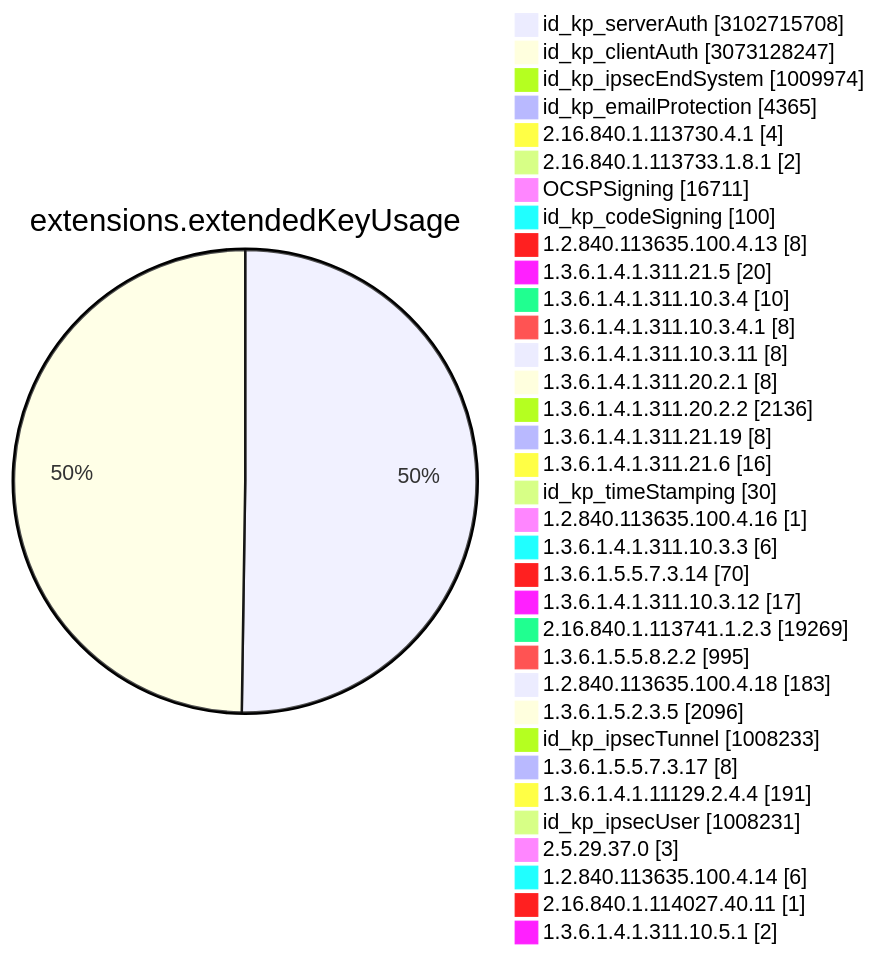
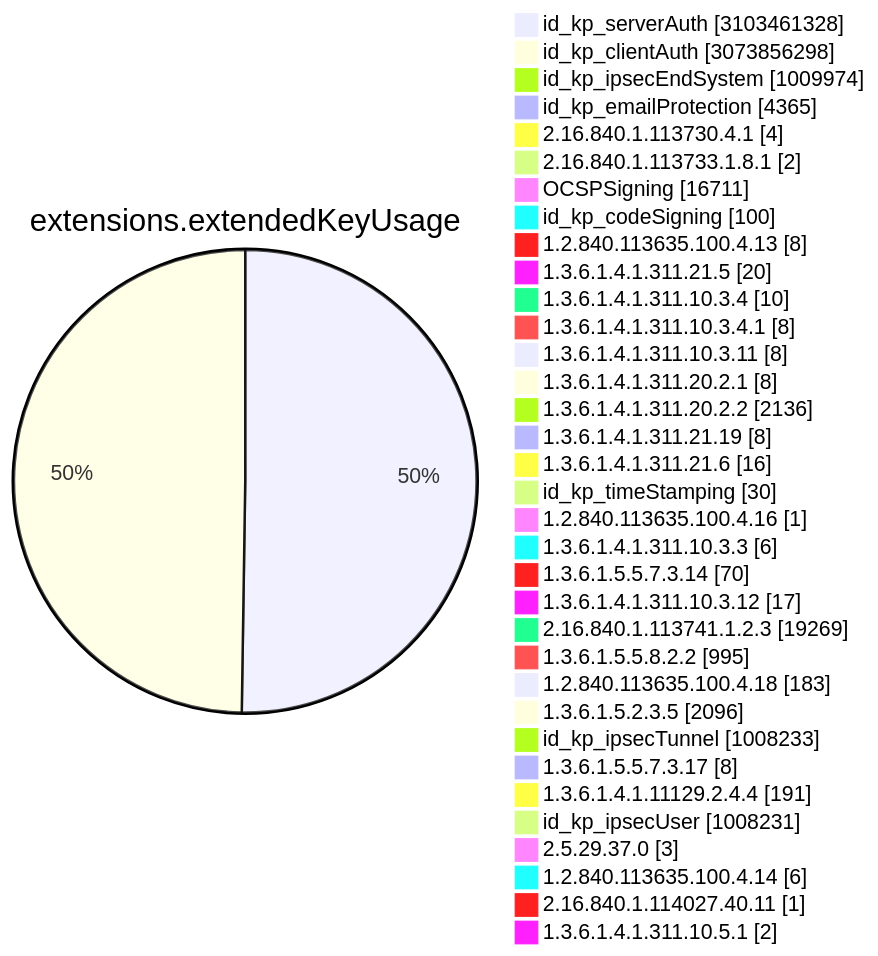
Before and after one commit to christiankrug/ctmonitor_visualization: diagram 11 of 15 in TOTAL/README.md, drawn with Mermaid. The commit also changed other lines of this file, not shown here.

````diff
--- a/TOTAL/README.md
+++ b/TOTAL/README.md
@@ -4117,38 +4117,38 @@
 ```mermaid
 pie showData
 title extensions.extendedKeyUsage
-"id_kp_serverAuth" :3102715708
-"id_kp_clientAuth" :3073128247
+"id_kp_serverAuth" :3103461328
+"id_kp_clientAuth" :3073856298
 "id_kp_ipsecEndSystem" :1009974
 "id_kp_emailProtection" :4365
 "2.16.840.1.113730.4.1" :4
 "2.16.840.1.113733.1.8.1" :2
 "OCSPSigning" :16711
 "id_kp_codeSigning" :100
 "1.2.840.113635.100.4.13" :8
 "1.3.6.1.4.1.311.21.5" :20
 "1.3.6.1.4.1.311.10.3.4" :10
 "1.3.6.1.4.1.311.10.3.4.1" :8
 "1.3.6.1.4.1.311.10.3.11" :8
 "1.3.6.1.4.1.311.20.2.1" :8
 "1.3.6.1.4.1.311.20.2.2" :2136
 "1.3.6.1.4.1.311.21.19" :8
 "1.3.6.1.4.1.311.21.6" :16
 "id_kp_timeStamping" :30
 "1.2.840.113635.100.4.16" :1
 "1.3.6.1.4.1.311.10.3.3" :6
 "1.3.6.1.5.5.7.3.14" :70
 "1.3.6.1.4.1.311.10.3.12" :17
 "2.16.840.1.113741.1.2.3" :19269
 "1.3.6.1.5.5.8.2.2" :995
 "1.2.840.113635.100.4.18" :183
 "1.3.6.1.5.2.3.5" :2096
 "id_kp_ipsecTunnel" :1008233
 "1.3.6.1.5.5.7.3.17" :8
 "1.3.6.1.4.1.11129.2.4.4" :191
 "id_kp_ipsecUser" :1008231
 "2.5.29.37.0" :3
 "1.2.840.113635.100.4.14" :6
 "2.16.840.1.114027.40.11" :1
 "1.3.6.1.4.1.311.10.5.1" :2
 ```
````
